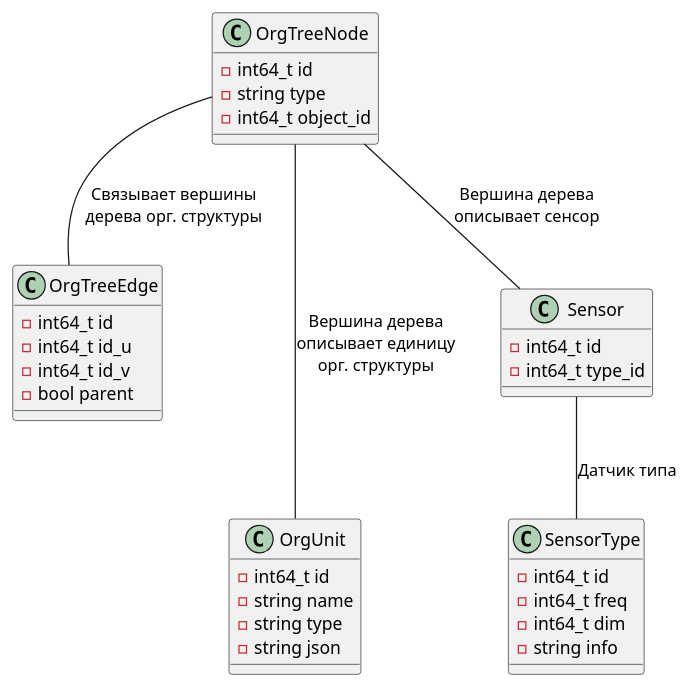
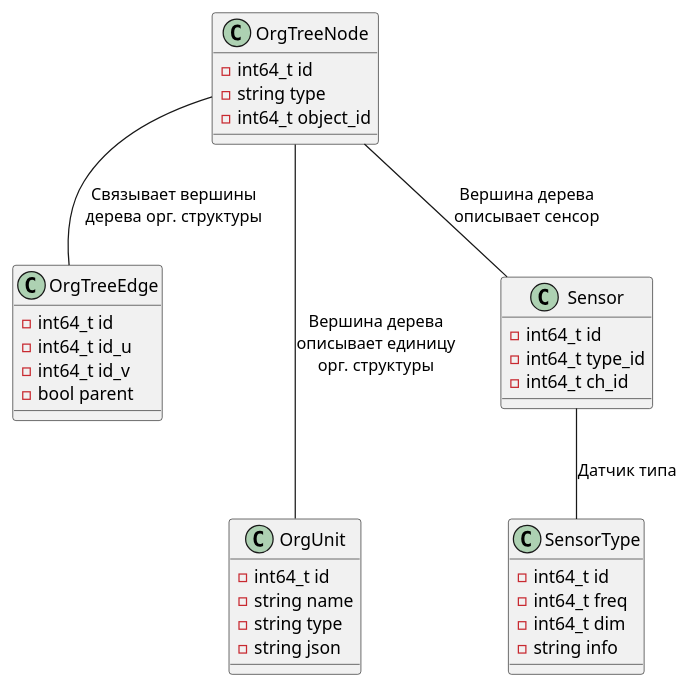
Before and after one commit to EngineerXL/diploma: the diagram in datamodel.md, drawn with PlantUML. The commit also changed 3 other files, not shown here.

````diff
--- a/datamodel.md
+++ b/datamodel.md
@@ -5,43 +5,44 @@
 ```plantuml
 @startuml
 class OrgTreeEdge {
   -int64_t id
   -int64_t id_u
   -int64_t id_v
   -bool parent
 }
 
 class OrgTreeNode {
   -int64_t id
   -string type
   -int64_t object_id
 }
 
 class OrgUnit {
   -int64_t id
   -string name   
   -string type
   -string json
 }
 
 class Sensor{
  -int64_t id
  -int64_t type_id
+ -int64_t ch_id
 }
 
 class SensorType{
   -int64_t id
   -int64_t freq
   -int64_t dim
   -string info
 }
 
 OrgTreeNode -- OrgTreeEdge: "Связывает вершины\nдерева орг. структуры"
 
 OrgTreeNode --- OrgUnit: "Вершина дерева\nописывает единицу\nорг. структуры"
 
 OrgTreeNode -- Sensor: "Вершина дерева\nописывает сенсор"
 
 Sensor -- SensorType: "Датчик типа"
 @enduml
 ```
````
